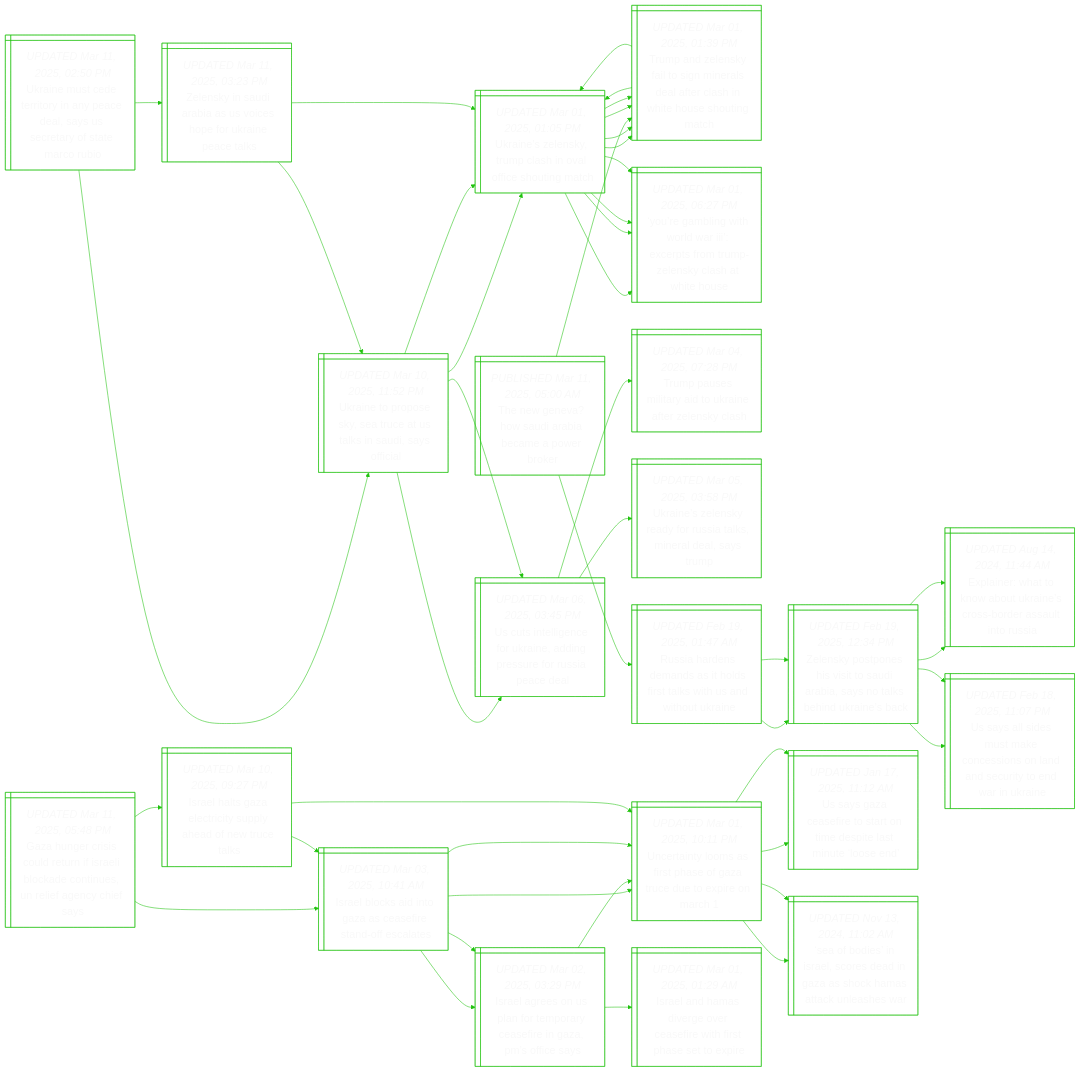
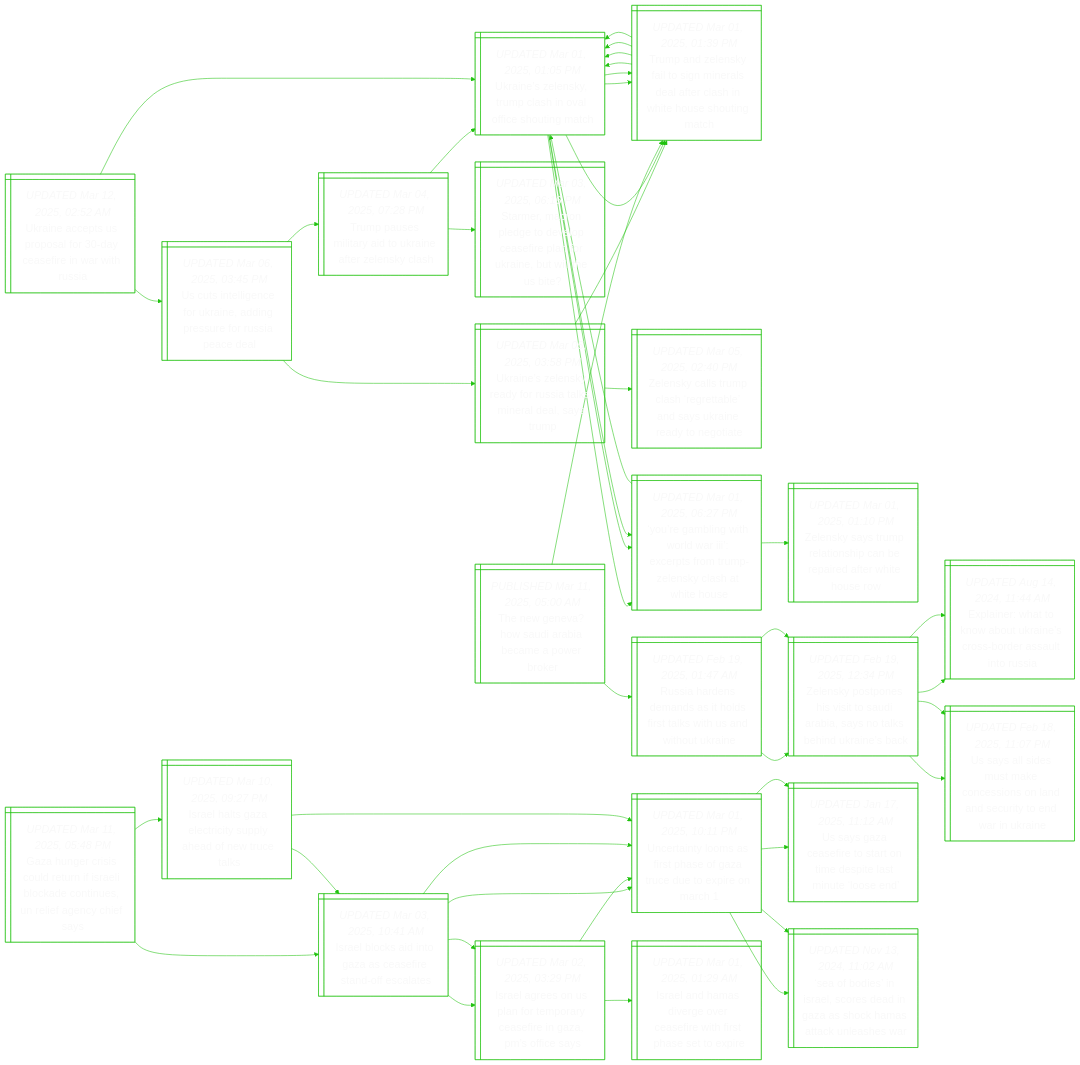
The diagram in README.md (notJmes/notJmes), drawn with Mermaid before and after one commit. The commit also changed other lines of this file, not shown here.

```diff
--- a/README.md
+++ b/README.md
@@ -16,51 +16,51 @@
 flowchart LR
 classDef txtsize font-size:20px;
 
-UntttneeyeaSMR@{ shape: win-pane, label: "_UPDATED Mar 11, 2025, 02:50 PM_
-Ukraine must cede territory in any peace deal, says us secretary of state marco rubio" }
-UnreecSsuyi@{ shape: win-pane, label: "_UPDATED Mar 10, 2025, 11:52 PM_
-Ukraine to propose sky, sea truce at us talks in saudi, says official" }
+UneSoocfnis@{ shape: win-pane, label: "_UPDATED Mar 12, 2025, 02:52 AM_
+Ukraine accepts us proposal for 30-day ceasefire in war with russia" }
+UslnridrrRae@{ shape: win-pane, label: "_UPDATED Mar 06, 2025, 03:45 PM_
+Us cuts intelligence for ukraine, adding pressure for russia peace deal" }
+Tpstikernl@{ shape: win-pane, label: "_UPDATED Mar 04, 2025, 07:28 PM_
+Trump pauses military aid to ukraine after zelensky clash" }
+Unlyphaiogh@{ shape: win-pane, label: "_UPDATED Mar 01, 2025, 01:05 PM_
+Ukraine’s zelensky, trump clash in oval office shouting match" }
+Sereolarnkeiet@{ shape: win-pane, label: "_UPDATED Mar 03, 2025, 06:16 PM_
+Starmer, macron pledge to develop ceasefire plan for ukraine, but will the us bite?" }
+UnlyyutmalT@{ shape: win-pane, label: "_UPDATED Mar 05, 2025, 03:58 PM_
+Ukraine’s zelensky ready for russia talks, mineral deal, says trump" }
+TalytnretaWHsit@{ shape: win-pane, label: "_UPDATED Mar 01, 2025, 01:39 PM_
+Trump and zelensky fail to sign minerals deal after clash in white house shouting match" }
+Zsluagansiani@{ shape: win-pane, label: "_UPDATED Mar 05, 2025, 02:40 PM_
+Zelensky calls trump clash ‘regrettable’ and says ukraine ready to negotiate" }
 Unlyphaiogh@{ shape: win-pane, label: "_UPDATED Mar 01, 2025, 01:05 PM_
 Ukraine’s zelensky, trump clash in oval office shouting match" }
 TalytnretaWHsit@{ shape: win-pane, label: "_UPDATED Mar 01, 2025, 01:39 PM_
 Trump and zelensky fail to sign minerals deal after clash in white house shouting match" }
+Unlyphaiogh@{ shape: win-pane, label: "_UPDATED Mar 01, 2025, 01:05 PM_
+Ukraine’s zelensky, trump clash in oval office shouting match" }
+Unlyphaiogh@{ shape: win-pane, label: "_UPDATED Mar 01, 2025, 01:05 PM_
+Ukraine’s zelensky, trump clash in oval office shouting match" }
 YgitlIcsTZsaWH@{ shape: win-pane, label: "_UPDATED Mar 01, 2025, 06:27 PM_
 ‘you’re gambling with world war iii’: excerpts from trump-zelensky clash at white house" }
-UslnridrrRae@{ shape: win-pane, label: "_UPDATED Mar 06, 2025, 03:45 PM_
-Us cuts intelligence for ukraine, adding pressure for russia peace deal" }
-Tpstikernl@{ shape: win-pane, label: "_UPDATED Mar 04, 2025, 07:28 PM_
-Trump pauses military aid to ukraine after zelensky clash" }
-UnlyyutmalT@{ shape: win-pane, label: "_UPDATED Mar 05, 2025, 03:58 PM_
-Ukraine’s zelensky ready for russia talks, mineral deal, says trump" }
-ZsSAavsfrpt@{ shape: win-pane, label: "_UPDATED Mar 11, 2025, 03:23 PM_
-Zelensky in saudi arabia as us voices hope for ukraine peace talks" }
-UnreecSsuyi@{ shape: win-pane, label: "_UPDATED Mar 10, 2025, 11:52 PM_
-Ukraine to propose sky, sea truce at us talks in saudi, says official" }
 Unlyphaiogh@{ shape: win-pane, label: "_UPDATED Mar 01, 2025, 01:05 PM_
 Ukraine’s zelensky, trump clash in oval office shouting match" }
-UslnridrrRae@{ shape: win-pane, label: "_UPDATED Mar 06, 2025, 03:45 PM_
-Us cuts intelligence for ukraine, adding pressure for russia peace deal" }
-Unlyphaiogh@{ shape: win-pane, label: "_UPDATED Mar 01, 2025, 01:05 PM_
-Ukraine’s zelensky, trump clash in oval office shouting match" }
-TalytnretaWHsit@{ shape: win-pane, label: "_UPDATED Mar 01, 2025, 01:39 PM_
-Trump and zelensky fail to sign minerals deal after clash in white house shouting match" }
-YgitlIcsTZsaWH@{ shape: win-pane, label: "_UPDATED Mar 01, 2025, 06:27 PM_
-‘you’re gambling with world war iii’: excerpts from trump-zelensky clash at white house" }
+Zsymasaeeets@{ shape: win-pane, label: "_UPDATED Mar 01, 2025, 01:10 PM_
+Zelensky says trump relationship can be repaired after white house row" }
 
-UntttneeyeaSMR:::txtsize --> UnreecSsuyi:::txtsize
-UnreecSsuyi:::txtsize --> Unlyphaiogh:::txtsize
+UneSoocfnis:::txtsize --> UslnridrrRae:::txtsize
+UslnridrrRae:::txtsize --> Tpstikernl:::txtsize
+Tpstikernl:::txtsize --> Unlyphaiogh:::txtsize
+Tpstikernl:::txtsize --> Sereolarnkeiet:::txtsize
+UslnridrrRae:::txtsize --> UnlyyutmalT:::txtsize
+UnlyyutmalT:::txtsize --> TalytnretaWHsit:::txtsize
+UnlyyutmalT:::txtsize --> Zsluagansiani:::txtsize
+UneSoocfnis:::txtsize --> Unlyphaiogh:::txtsize
 Unlyphaiogh:::txtsize --> TalytnretaWHsit:::txtsize
+TalytnretaWHsit:::txtsize --> Unlyphaiogh:::txtsize
+TalytnretaWHsit:::txtsize --> Unlyphaiogh:::txtsize
 Unlyphaiogh:::txtsize --> YgitlIcsTZsaWH:::txtsize
-UnreecSsuyi:::txtsize --> UslnridrrRae:::txtsize
-UslnridrrRae:::txtsize --> Tpstikernl:::txtsize
-UslnridrrRae:::txtsize --> UnlyyutmalT:::txtsize
-UntttneeyeaSMR:::txtsize --> ZsSAavsfrpt:::txtsize
-ZsSAavsfrpt:::txtsize --> UnreecSsuyi:::txtsize
-UnreecSsuyi:::txtsize --> Unlyphaiogh:::txtsize
-UnreecSsuyi:::txtsize --> UslnridrrRae:::txtsize
-ZsSAavsfrpt:::txtsize --> Unlyphaiogh:::txtsize
-Unlyphaiogh:::txtsize --> TalytnretaWHsit:::txtsize
-Unlyphaiogh:::txtsize --> YgitlIcsTZsaWH:::txtsize
+YgitlIcsTZsaWH:::txtsize --> Unlyphaiogh:::txtsize
+YgitlIcsTZsaWH:::txtsize --> Zsymasaeeets:::txtsize
 
 TwvSAamwo@{ shape: win-pane, label: "_PUBLISHED Mar 11, 2025, 05:00 AM_
 The new geneva? how saudi arabia became a power broker" }
```
